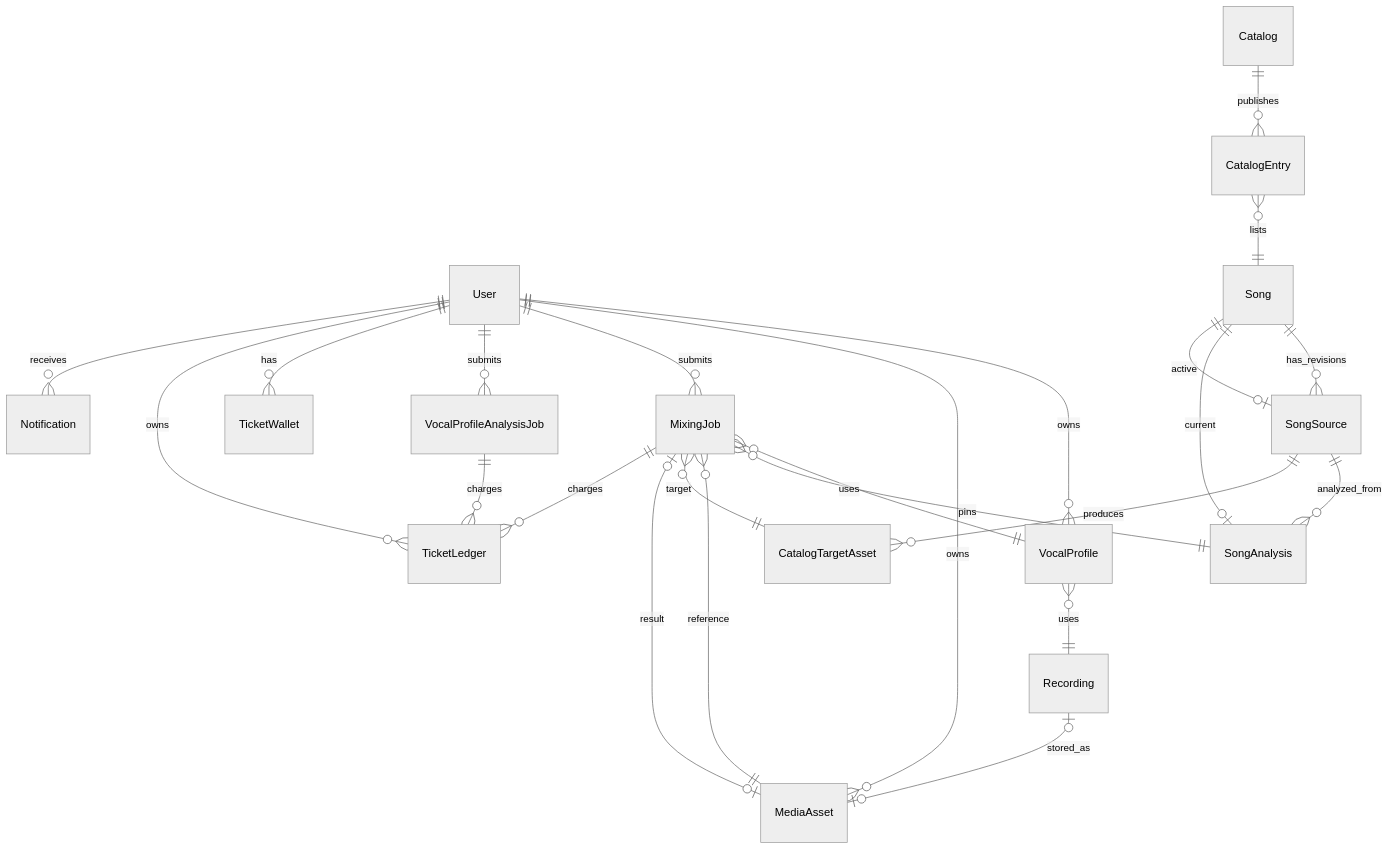
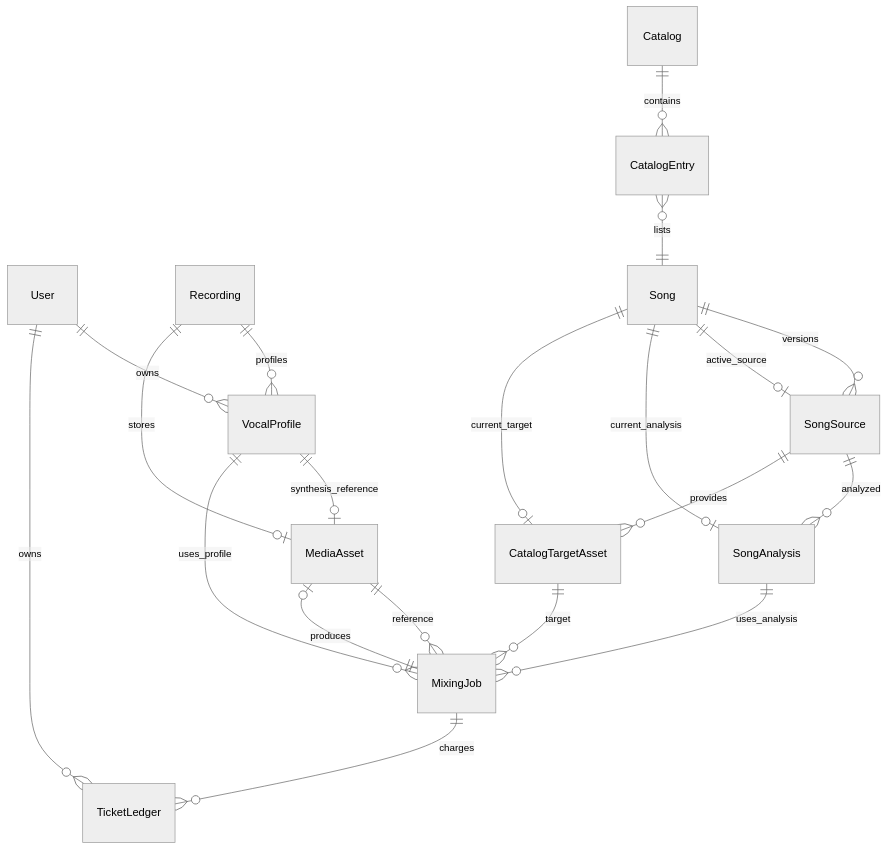
The first of 2 diagrams in openwiki/concepts/domain-data-model.md (leey00nsu/copy-singer), drawn with Mermaid (neutral theme) before and after one commit. The commit also changed other lines of this file and 42 other files, not shown here.

````diff
--- a/openwiki/concepts/domain-data-model.md
+++ b/openwiki/concepts/domain-data-model.md
@@ -41,26 +39,22 @@
 ```mermaid
 erDiagram
     User ||--o{ VocalProfile : owns
-    User ||--o{ MediaAsset : owns
-    User ||--o{ MixingJob : submits
-    User ||--o{ VocalProfileAnalysisJob : submits
-    User ||--o{ TicketWallet : has
+    Recording ||--o{ VocalProfile : profiles
+    Recording ||--o| MediaAsset : stores
+    VocalProfile ||--o| MediaAsset : synthesis_reference
+    Song ||--o{ SongSource : versions
+    SongSource ||--o{ SongAnalysis : analyzed
+    Song ||--o| SongSource : active_source
+    Song ||--o| SongAnalysis : current_analysis
+    SongSource ||--o{ CatalogTargetAsset : provides
+    Song ||--o| CatalogTargetAsset : current_target
+    Catalog ||--o{ CatalogEntry : contains
+    CatalogEntry }o--|| Song : lists
+    VocalProfile ||--o{ MixingJob : uses_profile
+    SongAnalysis ||--o{ MixingJob : uses_analysis
+    MediaAsset ||--o{ MixingJob : reference
+    CatalogTargetAsset ||--o{ MixingJob : target
+    MixingJob ||--o| MediaAsset : produces
+    MixingJob ||--o{ TicketLedger : charges
     User ||--o{ TicketLedger : owns
-    User ||--o{ Notification : receives
-    VocalProfile }o--|| Recording : uses
-    Recording o|--o| MediaAsset : stored_as
-    Song ||--o{ SongSource : has_revisions
-    SongSource ||--o{ SongAnalysis : analyzed_from
-    SongSource ||--o{ CatalogTargetAsset : produces
-    Catalog ||--o{ CatalogEntry : publishes
-    CatalogEntry }o--|| Song : lists
-    Song ||--o| SongAnalysis : current
-    Song ||--o| SongSource : active
-    MixingJob }o--|| VocalProfile : uses
-    MixingJob }o--|| SongAnalysis : pins
-    MixingJob }o--|| MediaAsset : reference
-    MixingJob }o--|| CatalogTargetAsset : target
-    MixingJob o|--o| MediaAsset : result
-    MixingJob ||--o{ TicketLedger : charges
-    VocalProfileAnalysisJob ||--o{ TicketLedger : charges
 ```
````
